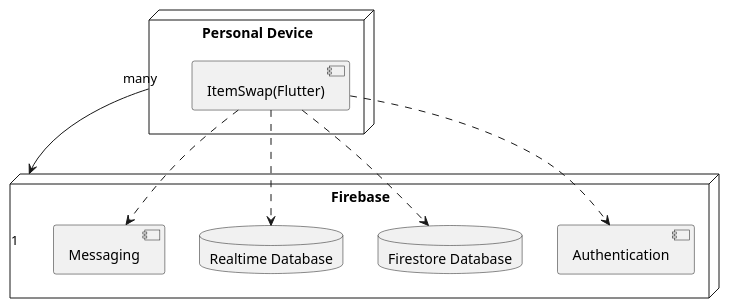
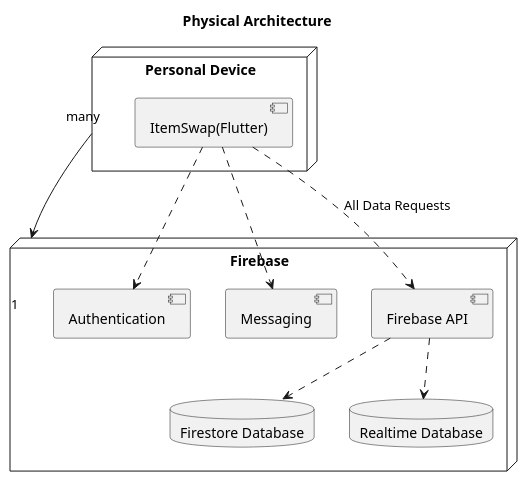
Before and after one commit to casemiromjm/ItemSwap: the diagram in docs/physical_architecture/physical_architecture.puml, drawn with PlantUML. The commit also changed 3 other files, not shown here.

Commit message:
fixed architecture diagrams

```diff
--- a/docs/physical_architecture/physical_architecture.puml
+++ b/docs/physical_architecture/physical_architecture.puml
@@ -1,21 +1,26 @@
 @startuml Pyshical Architecture
+
+title "Physical Architecture"
 
 node "Personal Device" {
     [ItemSwap(Flutter)]
 }
 
 node "Firebase" {
         [Authentication]
         database "Firestore Database"
         database "Realtime Database"
         [Messaging]
+        [Firebase API]
 }
 
 [ItemSwap(Flutter)] ..> [Authentication]
 [ItemSwap(Flutter)] ..> [Messaging]
-[ItemSwap(Flutter)] ..> "Firestore Database"
-[ItemSwap(Flutter)] ..> "Realtime Database"
+[ItemSwap(Flutter)] ..> [Firebase API] : "All Data Requests"
+
+[Firebase API] ..> "Firestore Database"
+[Firebase API] ..> "Realtime Database"
 
 "Personal Device" "many" --> "1" "Firebase"
 
 @enduml
```
